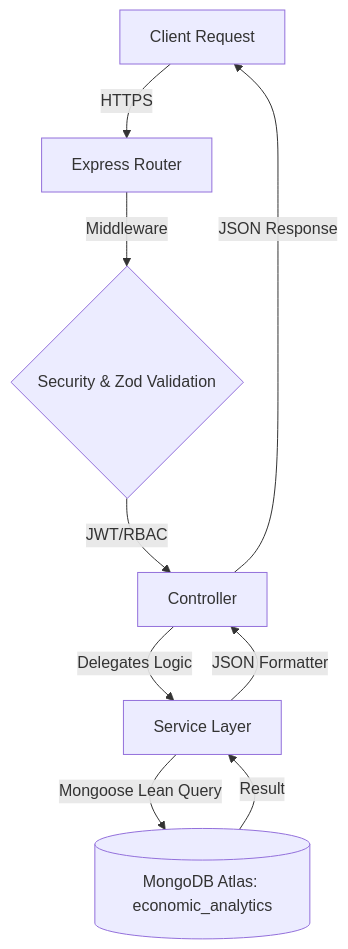
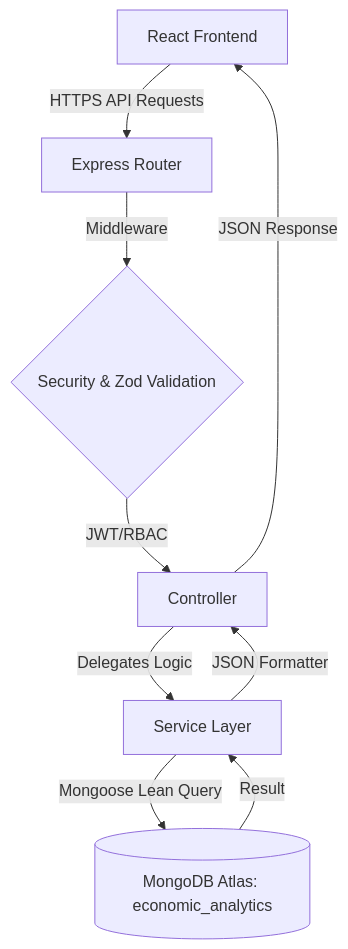
The diagram in README.md (codinggita/human_capital_project_prathvik_mehra), drawn with Mermaid before and after one commit. The commit also changed other lines of this file, not shown here.

Commit message:
docs: update README with full stack architecture and live Vercel links

````diff
--- a/README.md
+++ b/README.md
@@ -68,11 +79,11 @@
 ```mermaid
 graph TD
-    A[Client Request] -->|HTTPS| B[Express Router]
+    A[React Frontend] -->|HTTPS API Requests| B[Express Router]
     B -->|Middleware| C{Security & Zod Validation}
     C -->|JWT/RBAC| D[Controller]
     D -->|Delegates Logic| E[Service Layer]
     E -->|Mongoose Lean Query| F[(MongoDB Atlas: economic_analytics)]
     F -->|Result| E
     E -->|JSON Formatter| D
     D -->|JSON Response| A
 ```
````
